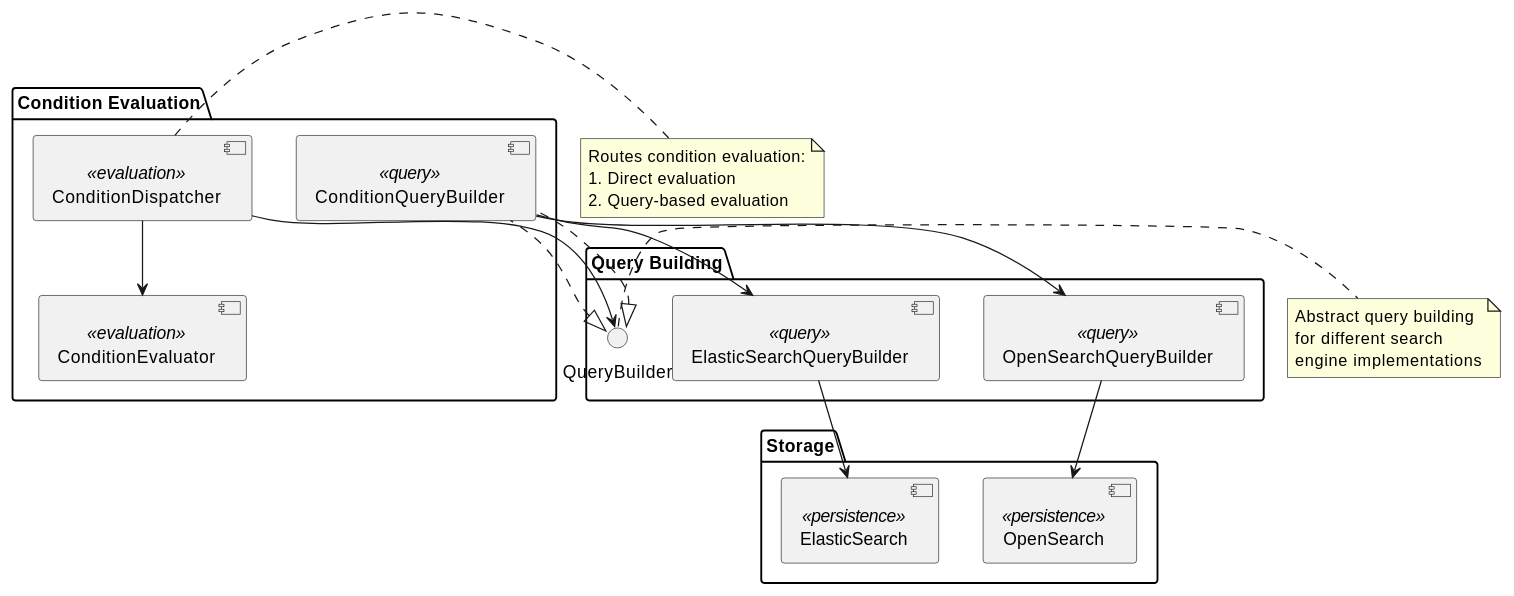
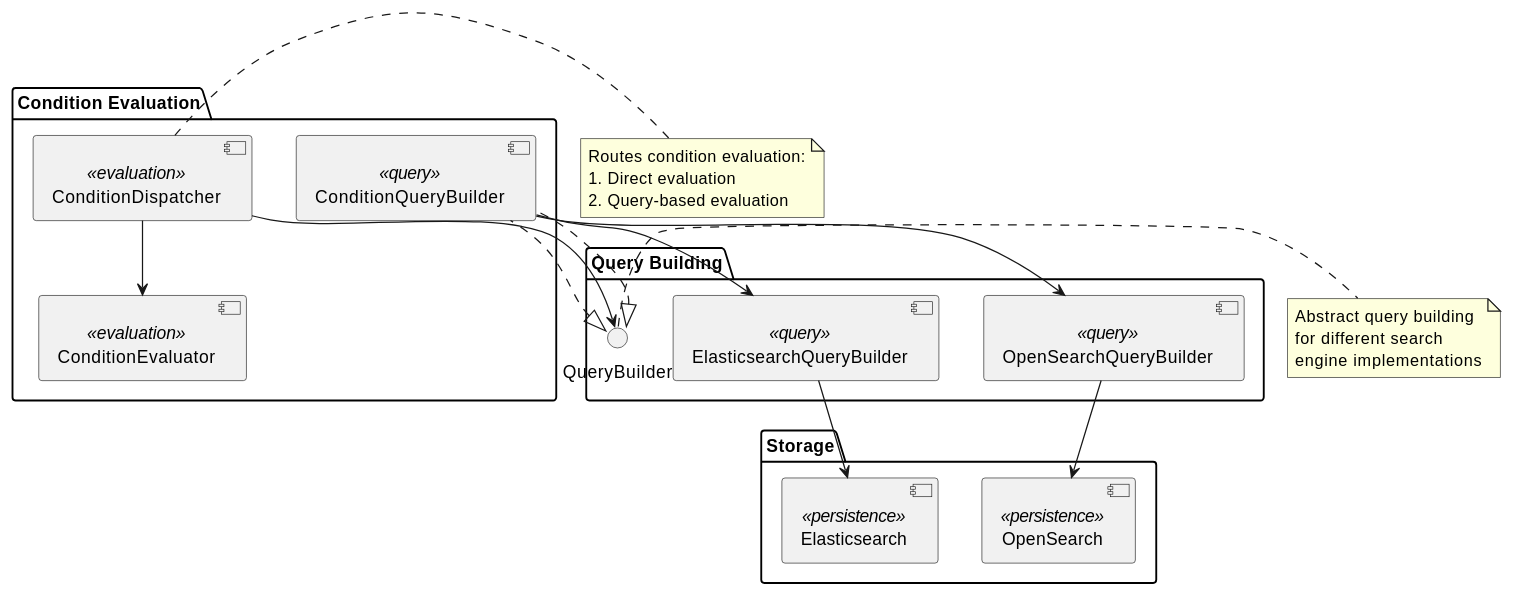
One commit to apache/unomi changed the diagram in manual/src/main/asciidoc/condition-evaluation.adoc. Above: the diagram before and after it, drawn with PlantUML. The commit also changed other lines of this file and 24 other files, not shown here.

```diff
--- a/manual/src/main/asciidoc/condition-evaluation.adoc
+++ b/manual/src/main/asciidoc/condition-evaluation.adoc
@@ -25,48 +25,48 @@
 [plantuml]
 ----
 @startuml
 skinparam componentStyle uml2
 
 package "Condition Evaluation" {
   [ConditionDispatcher] <<evaluation>>
   [ConditionEvaluator] <<evaluation>>
   [ConditionQueryBuilder] <<query>>
   [ConditionQueryBuilder] <<query>>
 }
 
 package "Query Building" {
   interface "QueryBuilder" as QB
-  [ElasticSearchQueryBuilder] <<query>>
+  [ElasticsearchQueryBuilder] <<query>>
   [OpenSearchQueryBuilder] <<query>>
 }
 
 package "Storage" {
-  [ElasticSearch] <<persistence>>
+  [Elasticsearch] <<persistence>>
   [OpenSearch] <<persistence>>
 }
 
 [ConditionDispatcher] --> [ConditionEvaluator]
 [ConditionDispatcher] --> QB
 
 QB <|.. [ConditionQueryBuilder]
 QB <|.. [ConditionQueryBuilder]
 
-[ConditionQueryBuilder] --> [ElasticSearchQueryBuilder]
+[ConditionQueryBuilder] --> [ElasticsearchQueryBuilder]
 [ConditionQueryBuilder] --> [OpenSearchQueryBuilder]
 
-[ElasticSearchQueryBuilder] --> [ElasticSearch]
+[ElasticsearchQueryBuilder] --> [Elasticsearch]
 [OpenSearchQueryBuilder] --> [OpenSearch]
 
 note right of [ConditionDispatcher]
   Routes condition evaluation:
   1. Direct evaluation
   2. Query-based evaluation
 end note
 
 note right of QB
   Abstract query building
   for different search
   engine implementations
 end note
 @enduml
 ----
```
